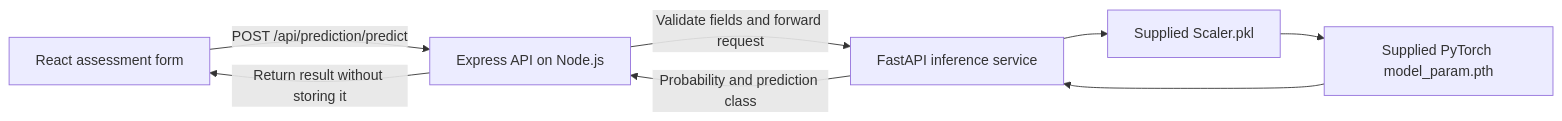
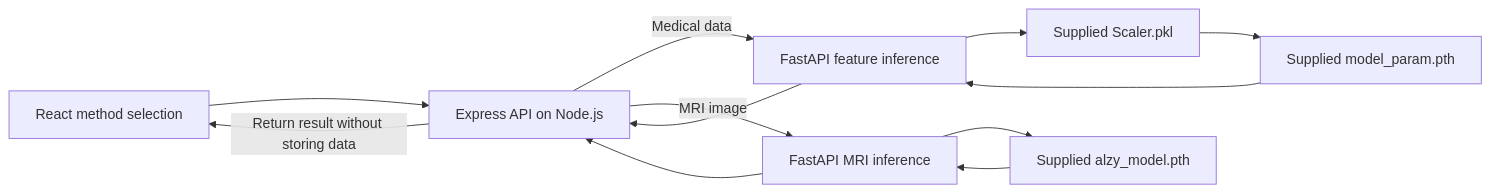
One commit to SAURABH-T-O/Alzheimer-Prediction-Model changed the diagram in backend/README.md. Above: the diagram before and after it, drawn with Mermaid. The commit also changed other lines of this file and 17 other files, not shown here.

Commit message:
feat: added brain mri model

````diff
--- a/backend/README.md
+++ b/backend/README.md
@@ -5,10 +5,14 @@
 ```mermaid
 flowchart LR
-    A[React assessment form] -->|POST /api/prediction/predict| B[Express API on Node.js]
-    B -->|Validate fields and forward request| C[FastAPI inference service]
+    A[React method selection] --> B[Express API on Node.js]
+    B -->|Medical data| C[FastAPI feature inference]
     C --> D[Supplied Scaler.pkl]
-    D --> E[Supplied PyTorch model_param.pth]
+    D --> E[Supplied model_param.pth]
+    B -->|MRI image| F[FastAPI MRI inference]
+    F --> G[Supplied alzy_model.pth]
     E --> C
-    C -->|Probability and prediction class| B
-    B -->|Return result without storing it| A
+    G --> F
+    C --> B
+    F --> B
+    B -->|Return result without storing data| A
 ```
````
